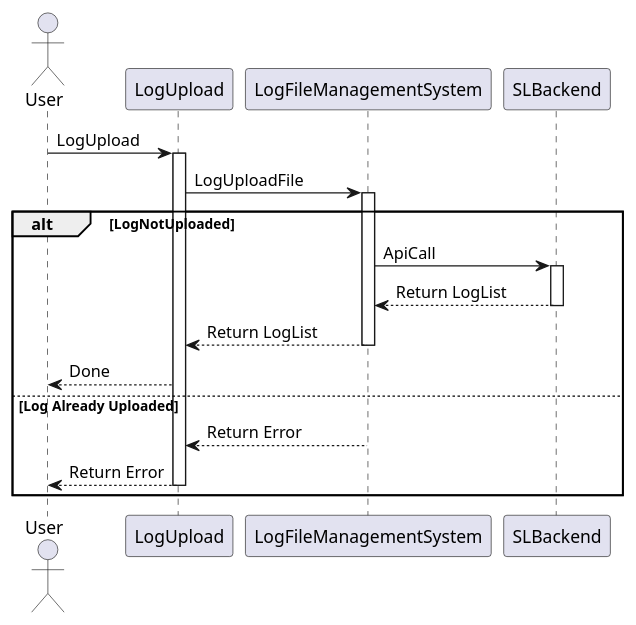
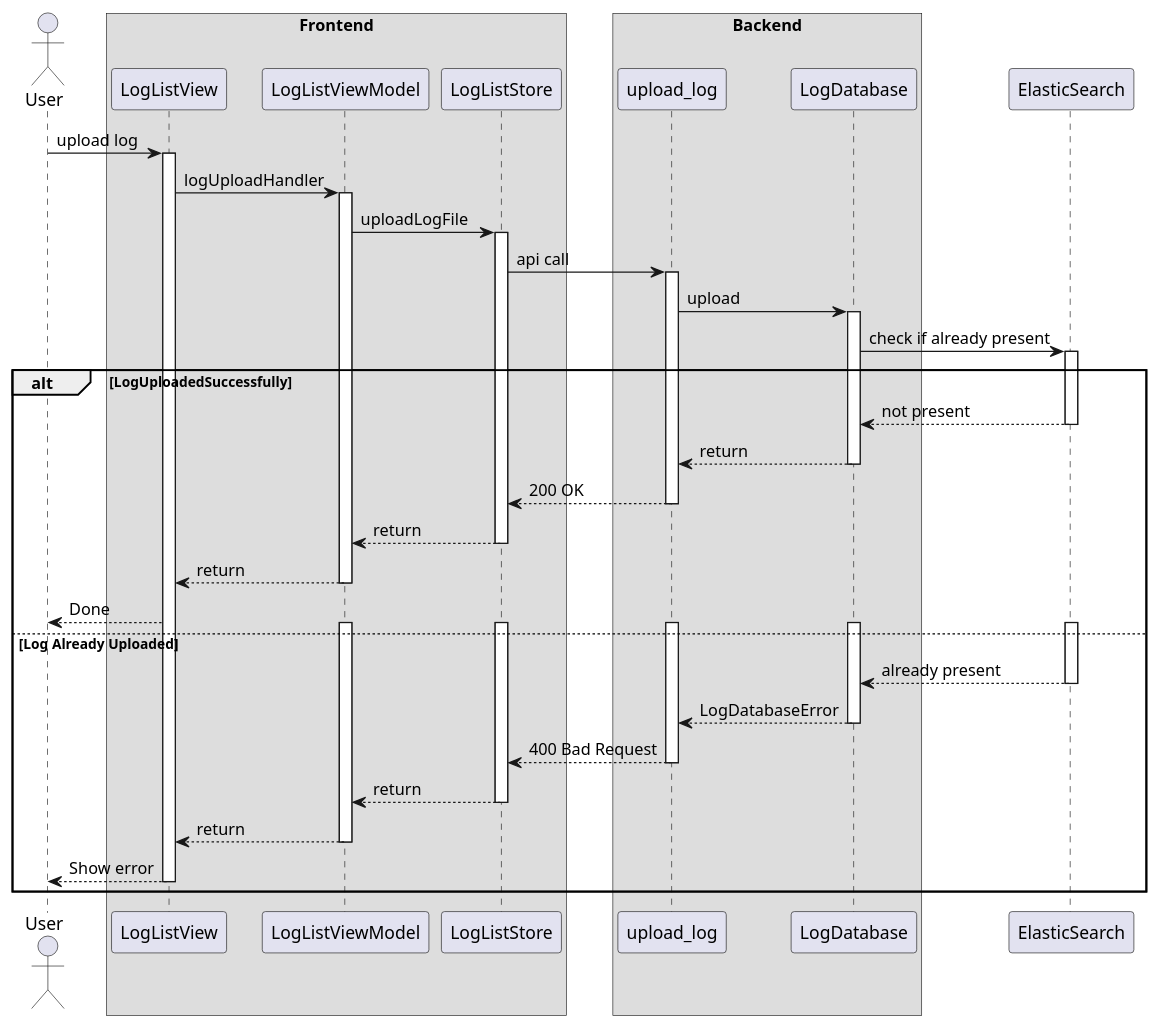
The ninth of 13 diagrams in allegato_tecnico.md (sevenelevendevunipd/docs), drawn with PlantUML before and after one commit. The commit also changed other lines of this file, not shown here.

````diff
--- a/allegato_tecnico.md
+++ b/allegato_tecnico.md
@@ -627,22 +727,65 @@
 ```{ .plantuml caption="Diagramma S1"}
 @startuml
 actor User
-User -> LogUpload: LogUpload
-activate LogUpload
-LogUpload -> LogFileManagementSystem: LogUploadFile
-alt LogNotUploaded
-activate LogFileManagementSystem
-LogFileManagementSystem -> SLBackend: ApiCall
-activate SLBackend
-LogFileManagementSystem <-- SLBackend: Return LogList
-deactivate SLBackend
-LogUpload <-- LogFileManagementSystem: Return LogList
-deactivate LogFileManagementSystem
-User <-- LogUpload: Done
+
+box Frontend
+participant LogListView
+participant LogListViewModel
+participant LogListStore
+end box
+
+box Backend
+participant upload_log
+participant LogDatabase
+end box
+
+participant ElasticSearch
+
+User -> LogListView: upload log
+activate LogListView
+LogListView -> LogListViewModel: logUploadHandler
+activate LogListViewModel
+LogListViewModel -> LogListStore: uploadLogFile
+activate LogListStore
+LogListStore -> upload_log: api call
+activate upload_log
+upload_log -> LogDatabase: upload
+activate LogDatabase
+LogDatabase -> ElasticSearch: check if already present
+
+alt LogUploadedSuccessfully
+  
+  activate ElasticSearch
+  LogDatabase <-- ElasticSearch: not present
+  deactivate ElasticSearch
+  upload_log <-- LogDatabase: return
+  deactivate LogDatabase
+  LogListStore <-- upload_log: 200 OK
+  deactivate upload_log
+  LogListViewModel <-- LogListStore: return
+  deactivate LogListStore
+  LogListView <-- LogListViewModel: return
+  deactivate LogListViewModel
+  User <-- LogListView: Done
 else Log Already Uploaded
-LogUpload <-- LogFileManagementSystem: Return Error
-User <-- LogUpload: Return Error
-deactivate LogUpload
+  activate ElasticSearch
+  activate LogDatabase
+  activate upload_log
+  activate LogListStore
+  activate LogListViewModel
+  
+  LogDatabase <-- ElasticSearch: already present
+  deactivate ElasticSearch
+  upload_log <-- LogDatabase: LogDatabaseError
+  deactivate LogDatabase
+  LogListStore <-- upload_log: 400 Bad Request
+  deactivate upload_log
+  LogListViewModel <-- LogListStore: return
+  deactivate LogListStore
+  LogListView <-- LogListViewModel: return
+  deactivate LogListViewModel
+  User <-- LogListView: Show error
+  deactivate LogListView
 end
 @enduml
 ```
````
